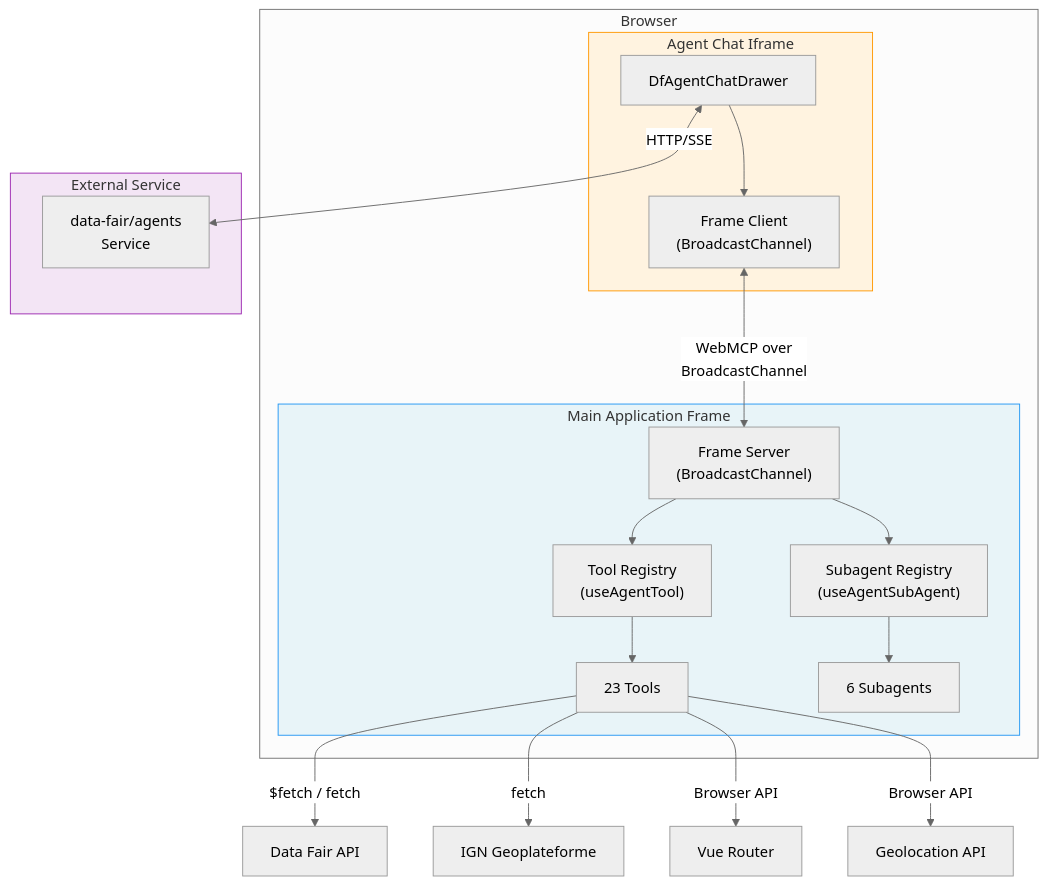
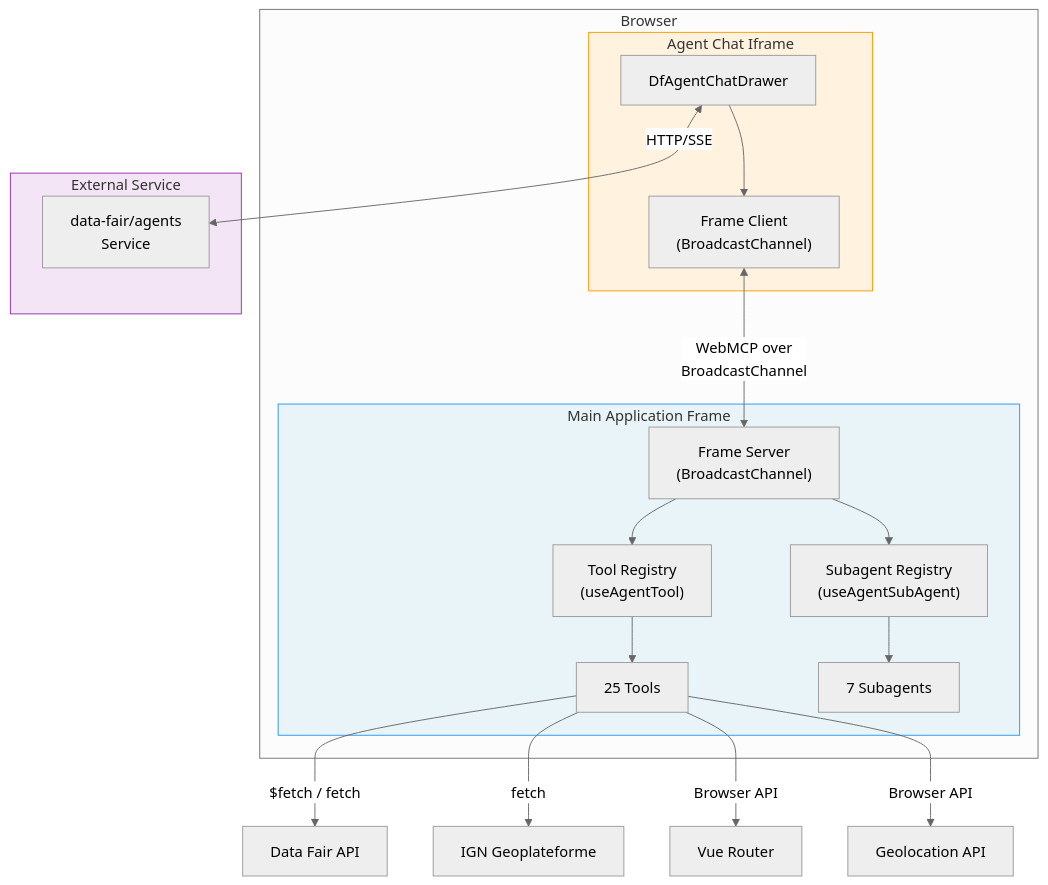
Before and after one commit to data-fair/data-fair: the first of 3 diagrams in docs/architecture/agent-integration.md, drawn with Mermaid (neutral theme). The commit also changed other lines of this file and 5 other files, not shown here.

````diff
--- a/docs/architecture/agent-integration.md
+++ b/docs/architecture/agent-integration.md
@@ -31,34 +31,34 @@
 ```mermaid
 graph TB
     subgraph Browser
         subgraph MainFrame["Main Application Frame"]
             FS["Frame Server<br/>(BroadcastChannel)"]
             TR["Tool Registry<br/>(useAgentTool)"]
             SR["Subagent Registry<br/>(useAgentSubAgent)"]
-            Tools["23 Tools"]
-            SubAgents["6 Subagents"]
+            Tools["25 Tools"]
+            SubAgents["7 Subagents"]
             TR --> Tools
             SR --> SubAgents
             FS --> TR
             FS --> SR
         end
         subgraph ChatIframe["Agent Chat Iframe"]
             CD["DfAgentChatDrawer"]
             FC["Frame Client<br/>(BroadcastChannel)"]
             CD --> FC
         end
         FC <-->|"WebMCP over<br/>BroadcastChannel"| FS
     end
     subgraph External["External Service"]
         AS["data-fair/agents<br/>Service"]
     end
     CD <-->|"HTTP/SSE"| AS
     Tools -->|"$fetch / fetch"| API["Data Fair API"]
     Tools -->|"fetch"| GEO["IGN Geoplateforme"]
     Tools -->|"Browser API"| NAV["Vue Router"]
     Tools -->|"Browser API"| GEOLOC["Geolocation API"]
 
     style MainFrame fill:#e8f4f8,stroke:#2196F3
     style ChatIframe fill:#fff3e0,stroke:#FF9800
     style External fill:#f3e5f5,stroke:#9C27B0
 ```
````
